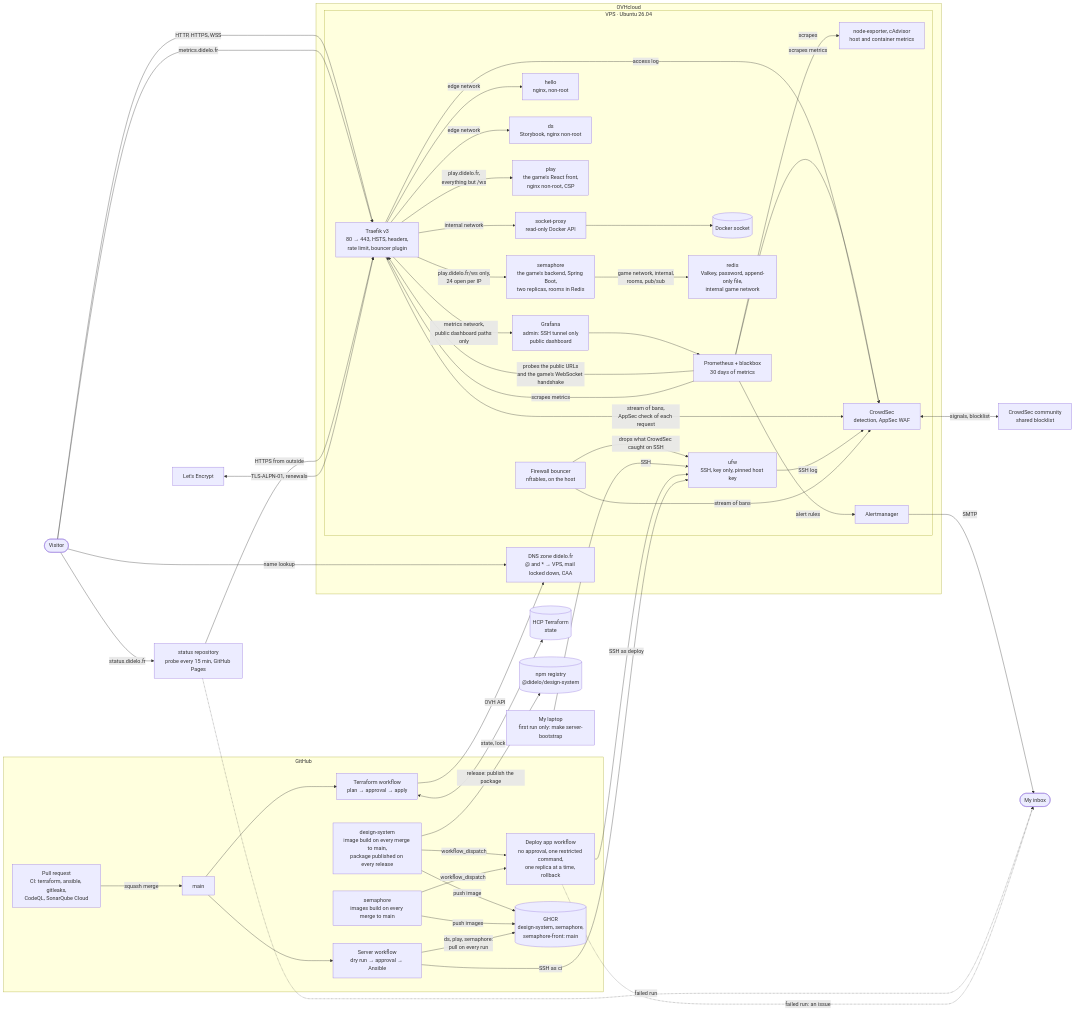
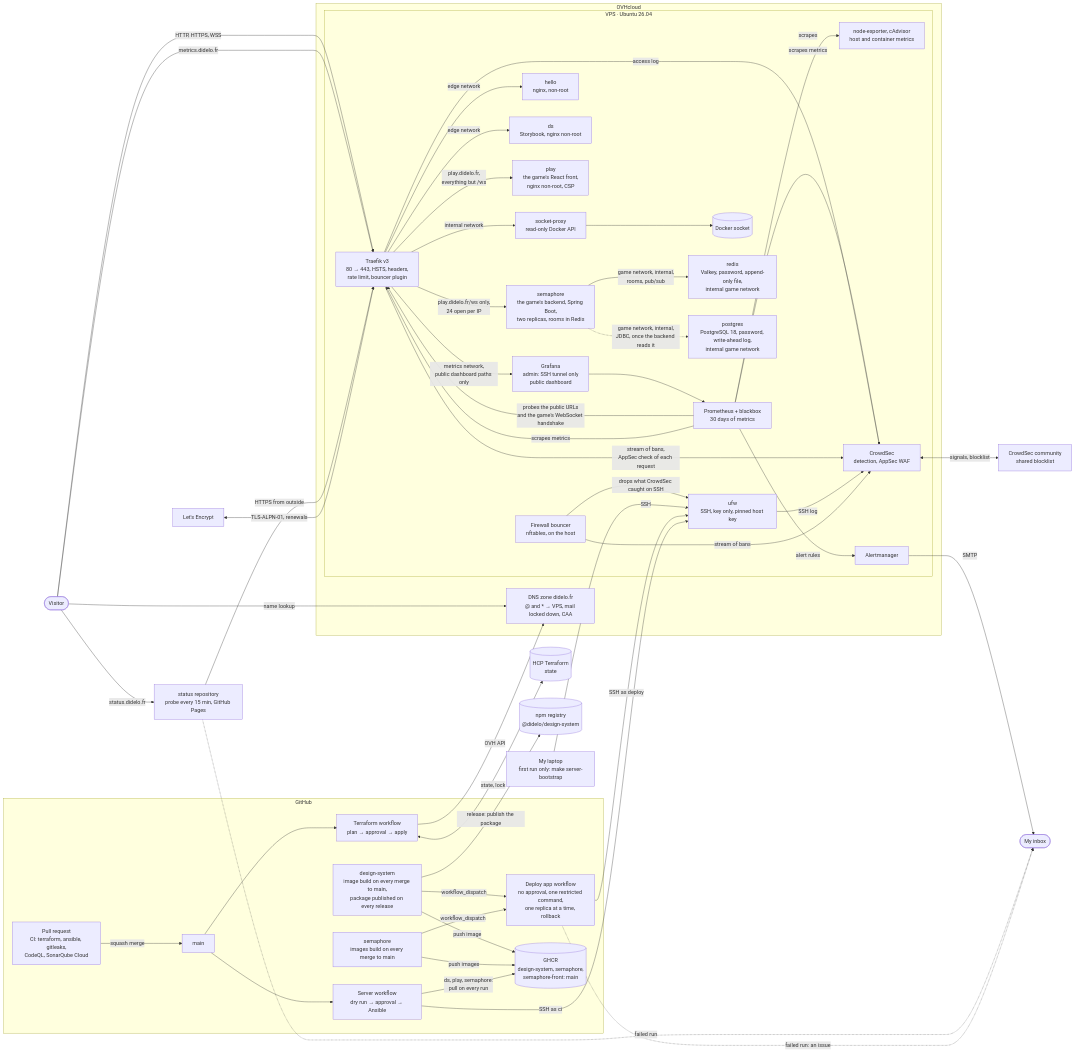
One commit to Didelo-lilian/infra changed the diagram in README.md. Above: the diagram before and after it, drawn with Mermaid. The commit also changed other lines of this file and 11 other files, not shown here.

Commit message:
feat(postgres): run PostgreSQL for the game's accounts and history (#97)

```diff
--- a/README.md
+++ b/README.md
@@ -44,6 +44,7 @@
       play["play<br/>the game's React front,<br/>nginx non-root, CSP"]
       sem["semaphore<br/>the game's backend, Spring Boot,<br/>two replicas, rooms in Redis"]
       redis["redis<br/>Valkey, password, append-only file,<br/>internal game network"]
+      pg["postgres<br/>PostgreSQL 18, password, write-ahead log,<br/>internal game network"]
       graf["Grafana<br/>admin: SSH tunnel only<br/>public dashboard"]
       prom["Prometheus + blackbox<br/>30 days of metrics"]
       exp["node-exporter, cAdvisor<br/>host and container metrics"]
@@ -75,6 +76,7 @@
   traefik -->|"play.didelo.fr,<br/>everything but /ws"| play
   traefik -->|"play.didelo.fr/ws only,<br/>24 open per IP"| sem
   sem -->|"game network, internal,<br/>rooms, pub/sub"| redis
+  sem -.->|"game network, internal,<br/>JDBC, once the backend reads it"| pg
   graf --> prom
   visitor -->|"metrics.didelo.fr"| traefik
   traefik -->|"metrics network,<br/>public dashboard paths only"| graf
```
